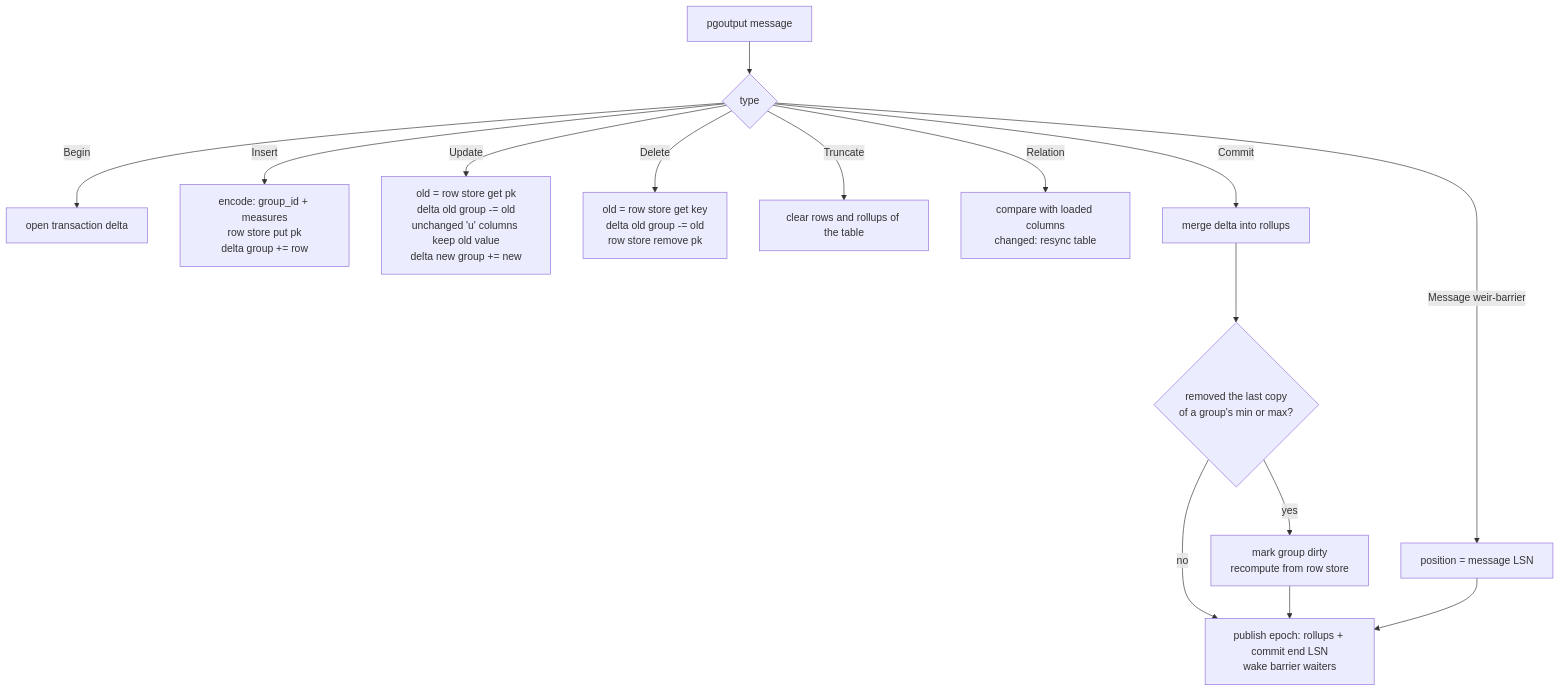
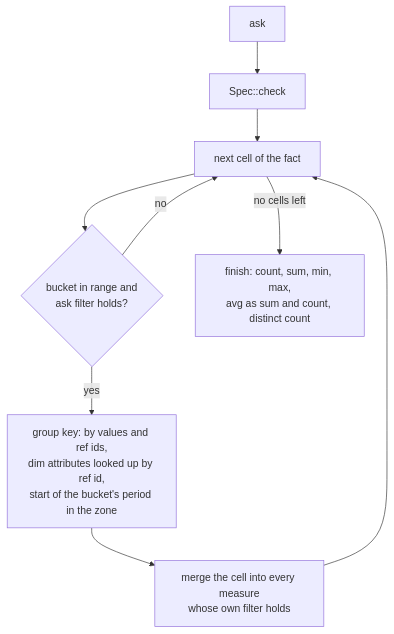
One commit to janbjorge/straum changed the first of 5 diagrams in research/ARCHITECTURE.md. Above: the diagram before and after it, drawn with Mermaid. The commit also changed other lines of this file and 8 other files, not shown here.

````diff
--- a/research/ARCHITECTURE.md
+++ b/research/ARCHITECTURE.md
@@ -128,17 +94,11 @@
 ```mermaid
 flowchart TD
-  m["pgoutput message"] --> k{"type"}
-  k -->|Begin| b["open transaction delta"]
-  k -->|Insert| i["encode: group_id + measures<br/>row store put pk<br/>delta group += row"]
-  k -->|Update| u["old = row store get pk<br/>delta old group -= old<br/>unchanged 'u' columns keep old value<br/>delta new group += new"]
-  k -->|Delete| d["old = row store get key<br/>delta old group -= old<br/>row store remove pk"]
-  k -->|Truncate| t["clear rows and rollups of the table"]
-  k -->|Relation| r["compare with loaded columns<br/>changed: resync table"]
-  k -->|"Message weir-barrier"| bm["position = message LSN"]
-  k -->|Commit| c["merge delta into rollups"]
-  c --> mm{"removed the last copy<br/>of a group's min or max?"}
-  mm -->|yes| dirty["mark group dirty<br/>recompute from row store"]
-  mm -->|no| p
-  dirty --> p["publish epoch: rollups + commit end LSN<br/>wake barrier waiters"]
-  bm --> p
+  a["ask"] --> c["Spec::check"]
+  c --> s["next cell of the fact"]
+  s --> r{"bucket in range and<br/>ask filter holds?"}
+  r -->|no| s
+  r -->|yes| g["group key: by values and ref ids,<br/>dim attributes looked up by ref id,<br/>start of the bucket's period in the zone"]
+  g --> m["merge the cell into every measure<br/>whose own filter holds"]
+  m --> s
+  s -->|no cells left| f["finish: count, sum, min, max,<br/>avg as sum and count, distinct count"]
 ```
````
